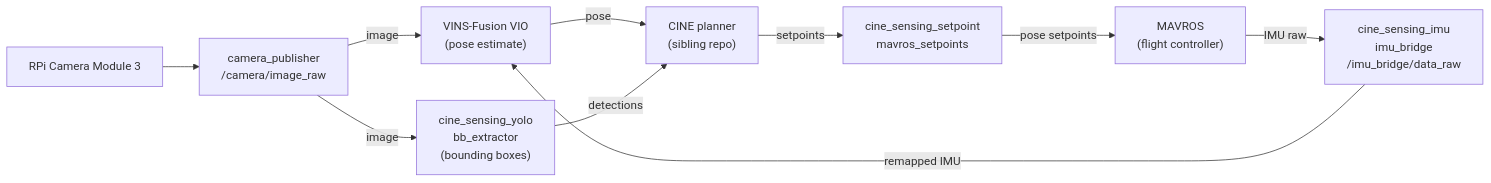
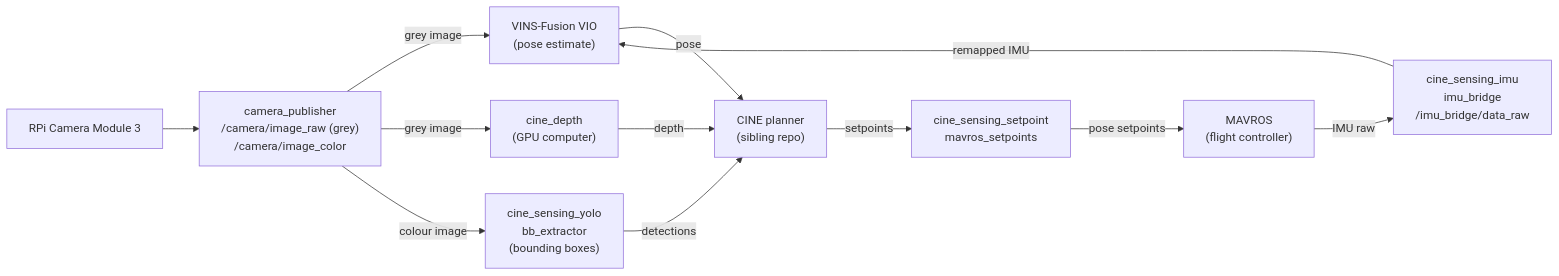
The diagram in README.md (Kino-Studios/CINE-Sensing), drawn with Mermaid before and after one commit. The commit also changed other lines of this file and 10 other files, not shown here.

````diff
--- a/README.md
+++ b/README.md
@@ -15,21 +142,24 @@
 ```mermaid
 flowchart LR
     CAM["RPi Camera Module 3"]
-    CP["camera_publisher<br/>/camera/image_raw"]
+    CP["camera_publisher<br/>/camera/image_raw (grey)<br/>/camera/image_color"]
     MAVROS["MAVROS<br/>(flight controller)"]
     IB["cine_sensing_imu<br/>imu_bridge<br/>/imu_bridge/data_raw"]
     VINS["VINS-Fusion VIO<br/>(pose estimate)"]
     YOLO["cine_sensing_yolo<br/>bb_extractor<br/>(bounding boxes)"]
+    DEPTH["cine_depth<br/>(GPU computer)"]
     SP["cine_sensing_setpoint<br/>mavros_setpoints"]
     CINE["CINE planner<br/>(sibling repo)"]
 
     CAM --> CP
-    CP -->|image| VINS
+    CP -->|grey image| VINS
+    CP -->|grey image| DEPTH
     MAVROS -->|IMU raw| IB
     IB -->|remapped IMU| VINS
-    CP -->|image| YOLO
+    CP -->|colour image| YOLO
     VINS -->|pose| CINE
     YOLO -->|detections| CINE
+    DEPTH -->|depth| CINE
     CINE -->|setpoints| SP
     SP -->|pose setpoints| MAVROS
 ```
````
